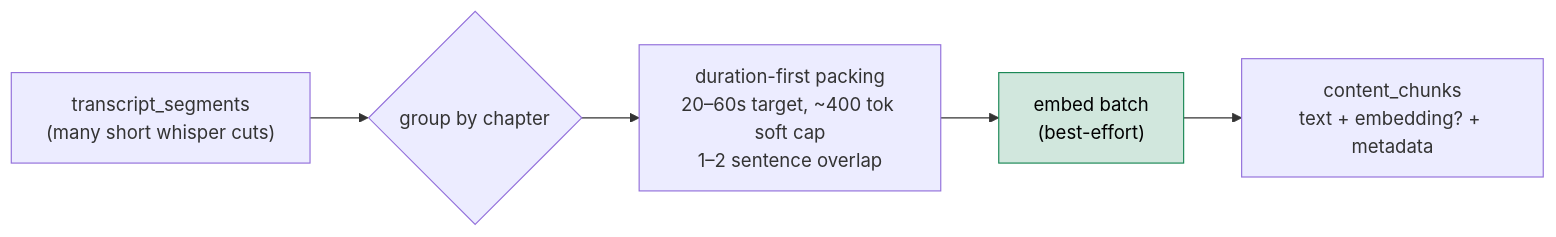
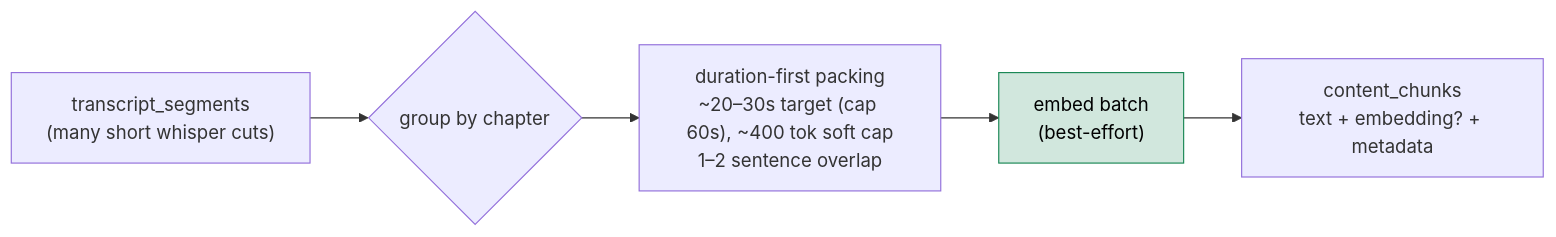
Before and after one commit to yuvallevy09/class-mate: the fifth of 6 diagrams in docs/video-processing.md, drawn with Mermaid. The commit also changed other lines of this file and 36 other files, not shown here.

````diff
--- a/docs/video-processing.md
+++ b/docs/video-processing.md
@@ -167,10 +167,10 @@
 ```mermaid
 flowchart LR
     SEG["transcript_segments<br/>(many short whisper cuts)"] --> CH{group by chapter}
-    CH --> DF["duration-first packing<br/>20–60s target, ~400 tok soft cap<br/>1–2 sentence overlap"]
+    CH --> DF["duration-first packing<br/>~20–30s target (cap 60s), ~400 tok soft cap<br/>1–2 sentence overlap"]
     DF --> EMB["embed batch<br/>(best-effort)"]
     EMB --> CC["content_chunks<br/>text + embedding? + metadata"]
 
     classDef best fill:#d1e7dd,stroke:#198754,color:#000;
     class EMB best
 ```
````
